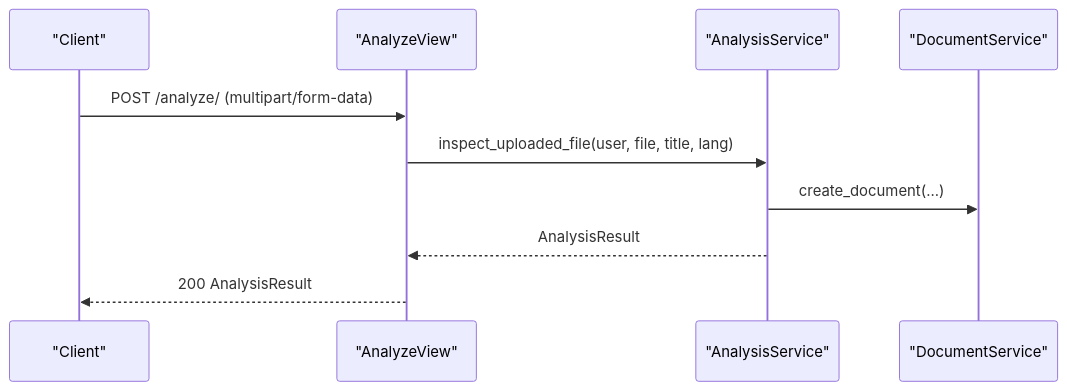
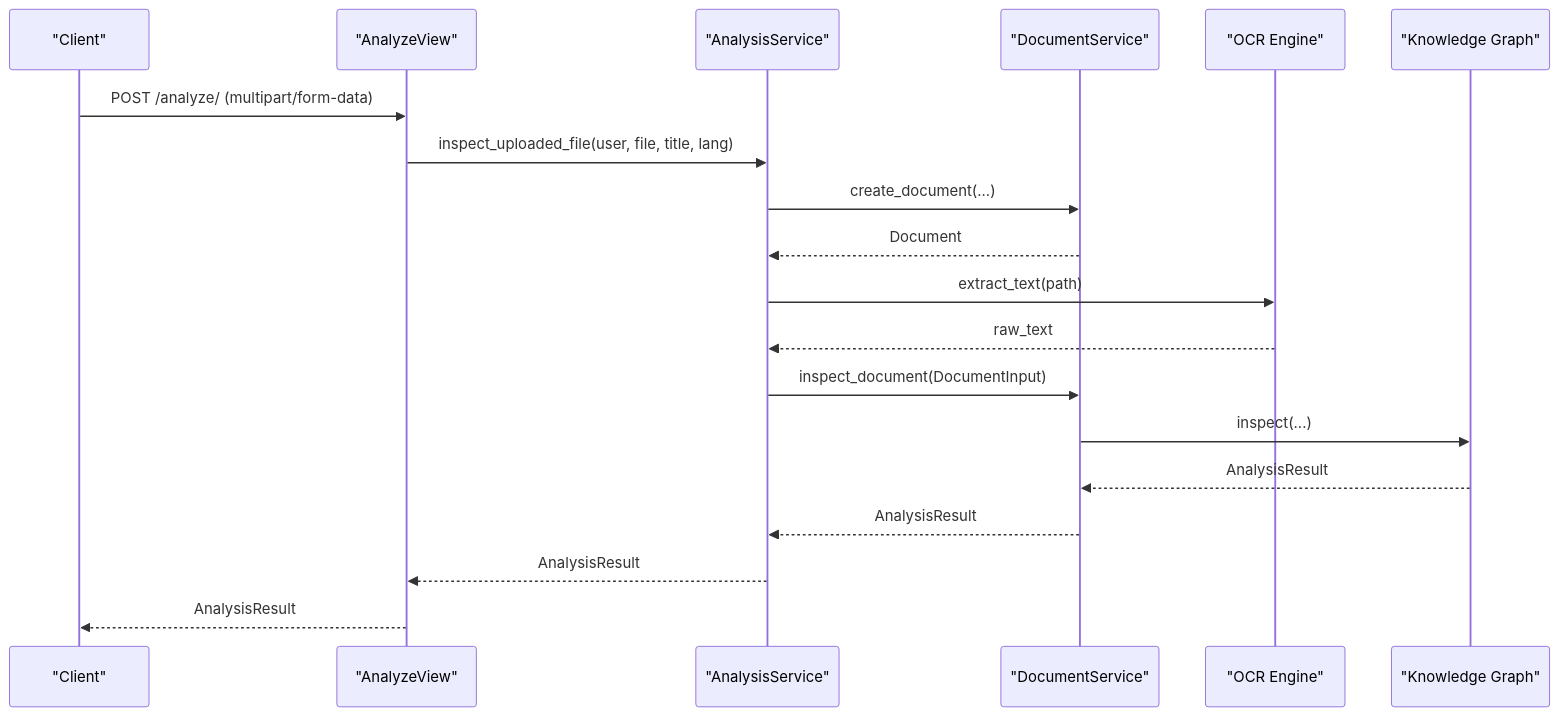
One commit to HamzaHindo/veritasshield changed the fifth of 8 diagrams in backend/.qoder/repowiki/en/content/API Reference/API Reference.md. Above: the diagram before and after it, drawn with Mermaid. The commit also changed other lines of this file and 49 other files, not shown here.

````diff
--- a/backend/.qoder/repowiki/en/content/API Reference/API Reference.md
+++ b/backend/.qoder/repowiki/en/content/API Reference/API Reference.md
@@ -354,12 +265,21 @@
 ```mermaid
 sequenceDiagram
 participant C as "Client"
 participant AV as "AnalyzeView"
-participant ASvc as "AnalysisService"
+participant AS as "AnalysisService"
 participant DS as "DocumentService"
+participant OCR as "OCR Engine"
+participant KG as "Knowledge Graph"
 C->>AV : POST /analyze/ (multipart/form-data)
-AV->>ASvc : inspect_uploaded_file(user, file, title, lang)
-ASvc->>DS : create_document(...)
-ASvc-->>AV : AnalysisResult
-AV-->>C : 200 AnalysisResult
+AV->>AS : inspect_uploaded_file(user, file, title, lang)
+AS->>DS : create_document(...)
+DS-->>AS : Document
+AS->>OCR : extract_text(path)
+OCR-->>AS : raw_text
+AS->>DS : inspect_document(DocumentInput)
+DS->>KG : inspect(...)
+KG-->>DS : AnalysisResult
+DS-->>AS : AnalysisResult
+AS-->>AV : AnalysisResult
+AV-->>C : AnalysisResult
 ```
````
